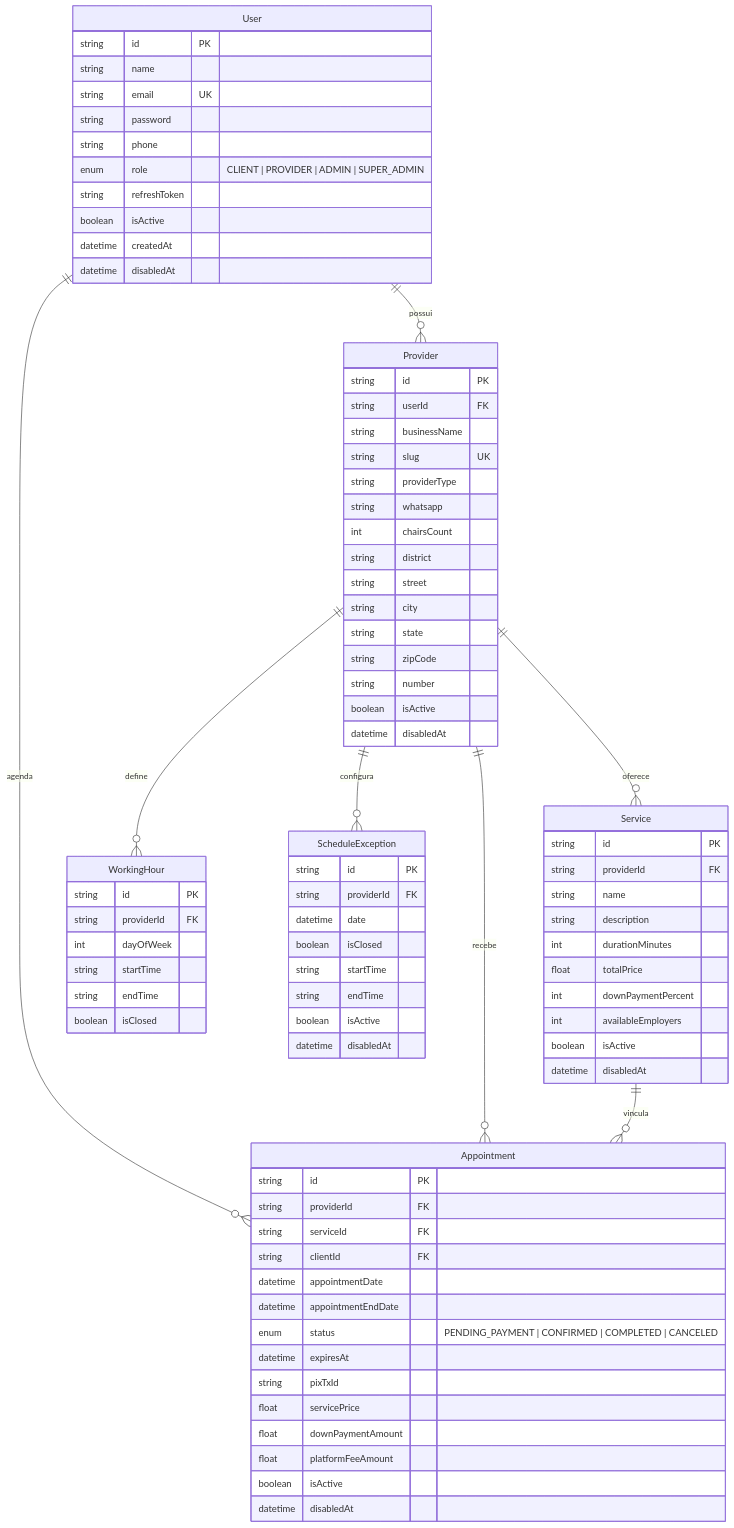
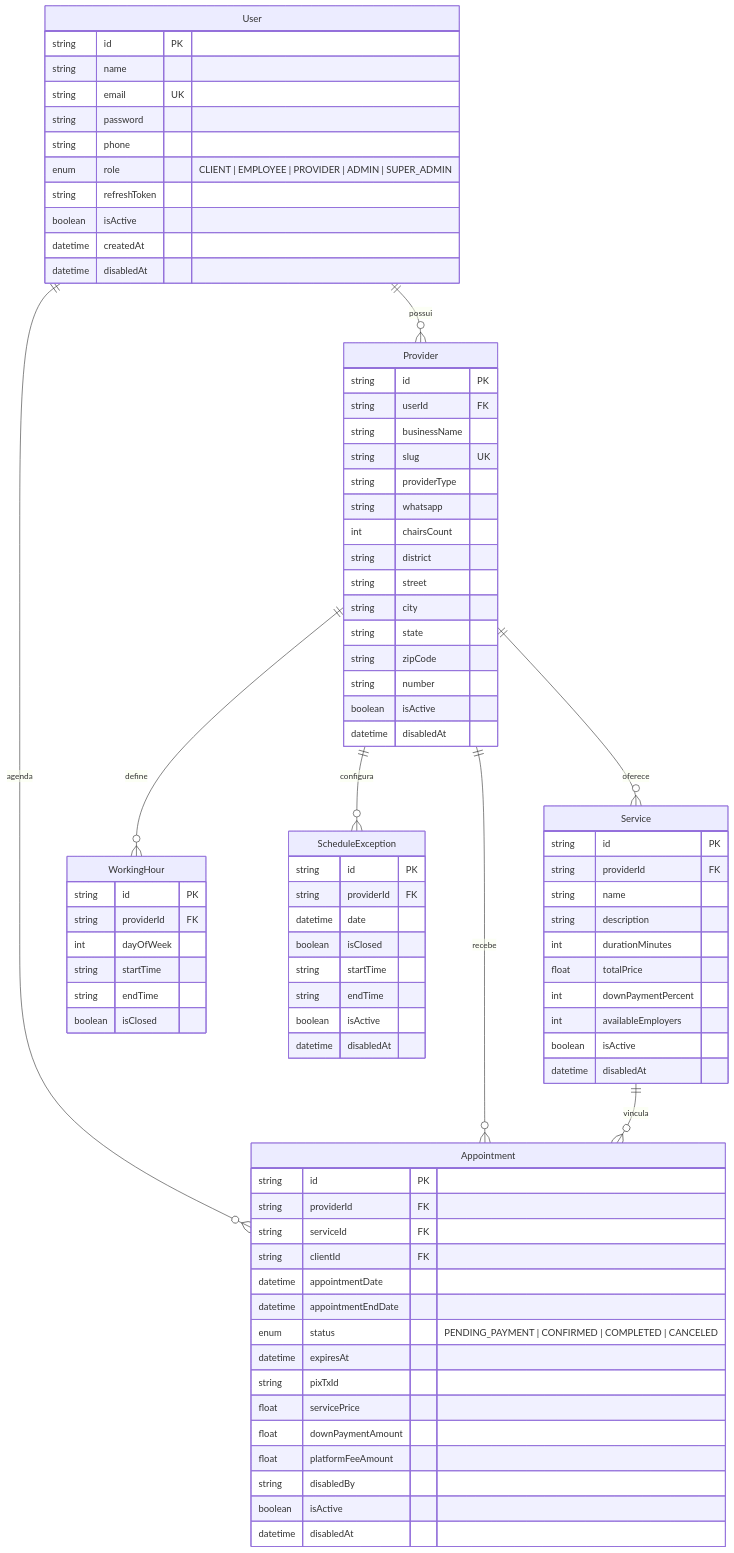
Before and after one commit to copperlamb78/api-sinalizego: the diagram in README.md, drawn with Mermaid. The commit also changed other lines of this file, not shown here.

Commit message:
docs: atualiza README com sistema RBAC, novos endpoints de ativação e filtros por role

```diff
--- a/README.md
+++ b/README.md
@@ -330,7 +361,7 @@
         string email UK
         string password
         string phone
-        enum role "CLIENT | PROVIDER | ADMIN | SUPER_ADMIN"
+        enum role "CLIENT | EMPLOYEE | PROVIDER | ADMIN | SUPER_ADMIN"
         string refreshToken
         boolean isActive
         datetime createdAt
@@ -381,6 +412,7 @@
         float servicePrice
         float downPaymentAmount
         float platformFeeAmount
+        string disabledBy
         boolean isActive
         datetime disabledAt
     }
```
